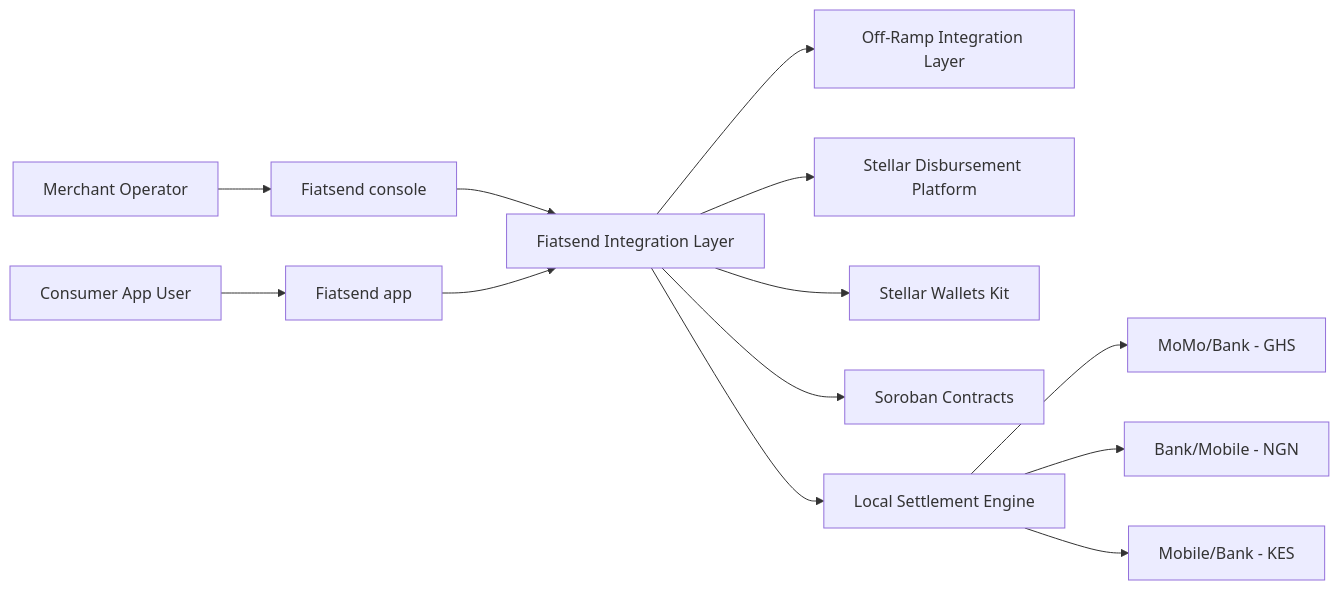
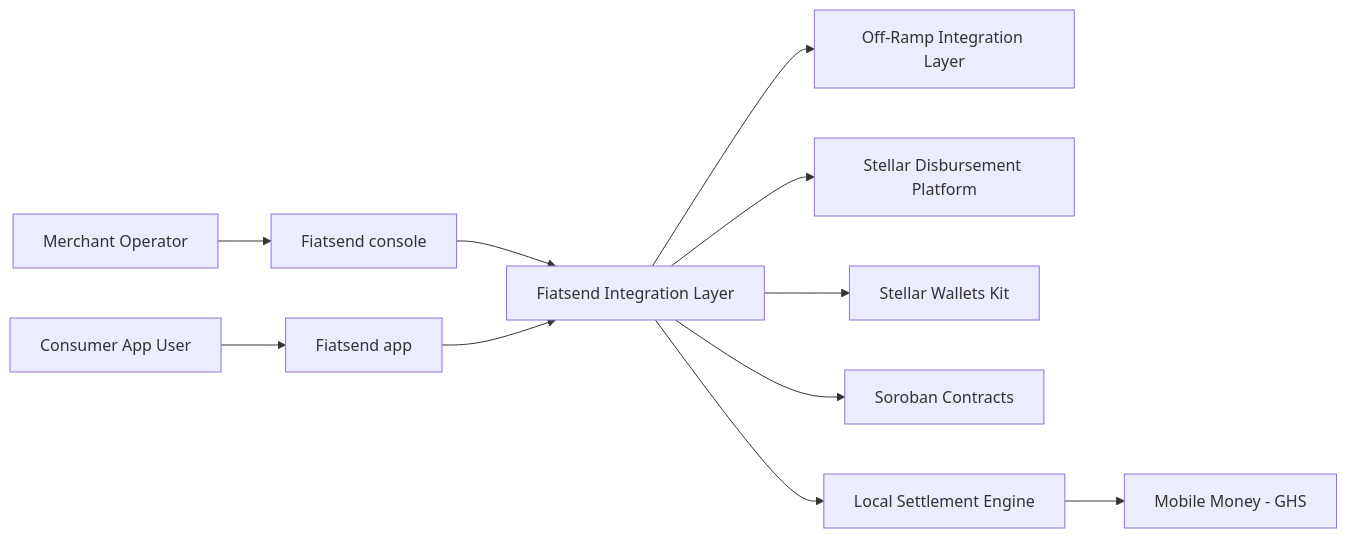
The first of 17 diagrams in Fiatsend-Technical-Architecture-SCF43-Integration.md (fiatsend/techical-achitecture), drawn with Mermaid before and after one commit. The commit also changed other lines of this file, not shown here.

````diff
--- a/Fiatsend-Technical-Architecture-SCF43-Integration.md
+++ b/Fiatsend-Technical-Architecture-SCF43-Integration.md
@@ -67,15 +67,13 @@
 ```mermaid
 flowchart LR
     Merchant[Merchant Operator] --> Console[Fiatsend console]
     Consumer[Consumer App User] --> Main[Fiatsend app]
     Console --> Integration[Fiatsend Integration Layer]
     Main --> Integration
     Integration --> OffRamp[Off-Ramp Integration Layer]
     Integration --> SDP[Stellar Disbursement Platform]
     Integration --> WK[Stellar Wallets Kit]
     Integration --> Soroban[Soroban Contracts]
     Integration --> Settlement[Local Settlement Engine]
-    Settlement --> Ghana[MoMo/Bank - GHS]
-    Settlement --> Nigeria[Bank/Mobile - NGN]
-    Settlement --> Kenya[Mobile/Bank - KES]
+    Settlement --> Ghana[Mobile Money - GHS]
 ```
````
